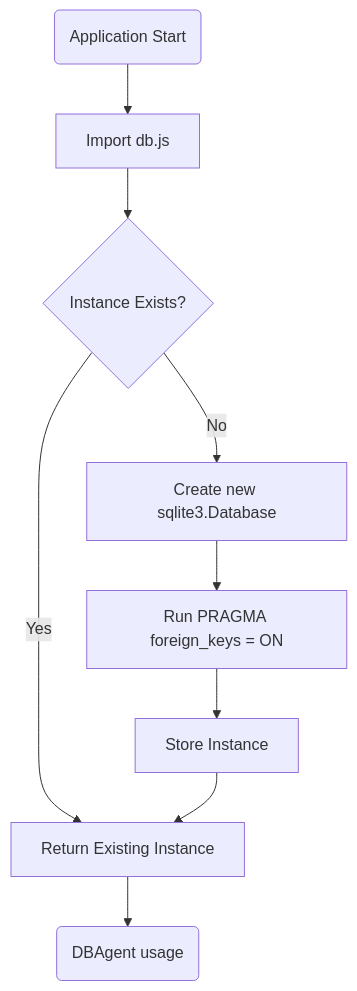
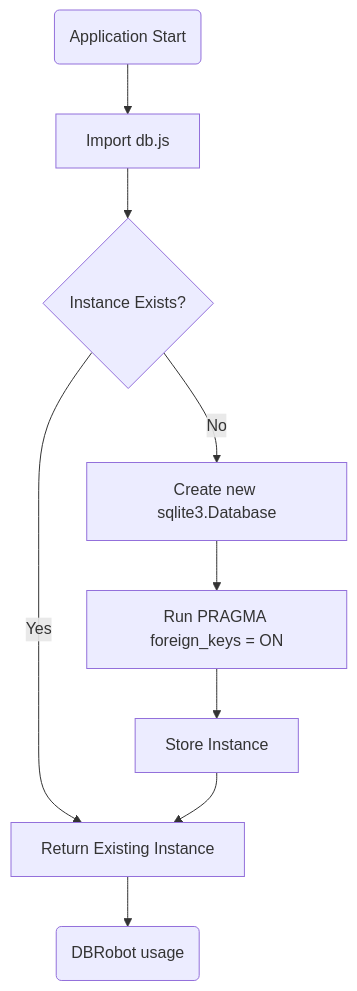
Before and after one commit to blian24/coolkonyha-solo-vibe: the diagram in docs/architecture/database-connection.md, drawn with Mermaid. The commit also changed 25 other files, not shown here.

````diff
--- a/docs/architecture/database-connection.md
+++ b/docs/architecture/database-connection.md
@@ -17,11 +17,11 @@
 ```mermaid
 graph TD
     Start(Application Start) --> Import[Import db.js]
     Import --> Check{Instance Exists?}
     Check -->|No| Create[Create new sqlite3.Database]
     Create --> Config[Run PRAGMA foreign_keys = ON]
     Config --> Store[Store Instance]
     Check -->|Yes| Return[Return Existing Instance]
     Store --> Return
-    Return --> Usage(DBAgent usage)
+    Return --> Usage(DBRobot usage)
 ```
````
